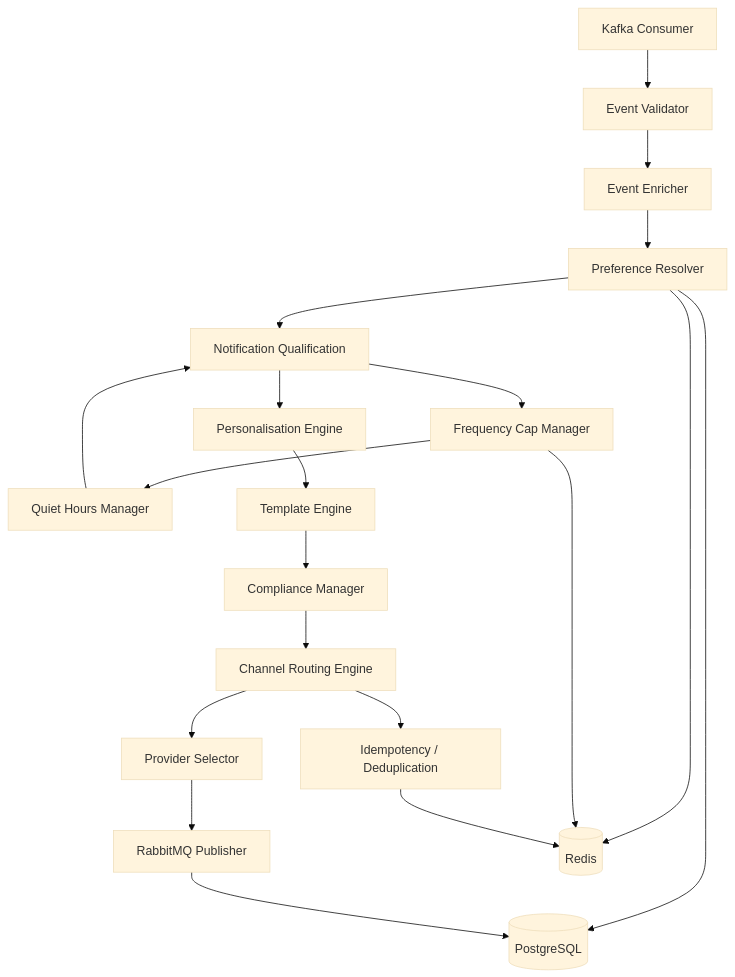
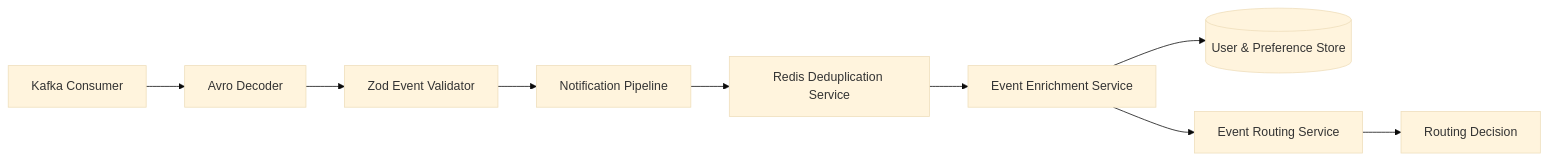
The third of 3 diagrams in docs/architecture.md (aditya-j-dev/BE-6B-NotificationEngine-Aditya-Joshi), drawn with Mermaid (base theme) before and after one commit. The commit also changed other lines of this file and 34 other files, not shown here.

````diff
--- a/docs/architecture.md
+++ b/docs/architecture.md
@@ -129,67 +144,11 @@
 ```mermaid
-flowchart TB
-
-    KafkaConsumer["Kafka Consumer"]
-
-    Validator["Event Validator"]
-
-    Enricher["Event Enricher"]
-
-    PreferenceResolver["Preference Resolver"]
-
-    Qualification["Notification Qualification"]
-
-    Frequency["Frequency Cap Manager"]
-
-    QuietHours["Quiet Hours Manager"]
-
-    Template["Template Engine"]
-
-    Personalisation["Personalisation Engine"]
-
-    Compliance["Compliance Manager"]
-
-    Router["Channel Routing Engine"]
-
-    ProviderSelector["Provider Selector"]
-
-    Dedup["Idempotency / Deduplication"]
-
-    RabbitPublisher["RabbitMQ Publisher"]
-
-    Redis[("Redis")]
-
-    PostgreSQL[("PostgreSQL")]
-
-    KafkaConsumer --> Validator
-    Validator --> Enricher
-
-    Enricher --> PreferenceResolver
-
-    PreferenceResolver --> Redis
-    PreferenceResolver --> PostgreSQL
-
-    PreferenceResolver --> Qualification
-
-    Qualification --> Frequency
-    Frequency --> Redis
-
-    Frequency --> QuietHours
-    QuietHours --> Qualification
-
-    Qualification --> Personalisation
-    Personalisation --> Template
-
-    Template --> Compliance
-
-    Compliance --> Router
-
-    Router --> ProviderSelector
-    Router --> Dedup
-
-    Dedup --> Redis
-
-    ProviderSelector --> RabbitPublisher
-
-    RabbitPublisher --> PostgreSQL
+flowchart LR
+    Consumer["Kafka Consumer"] --> Avro["Avro Decoder"]
+    Avro --> Validator["Zod Event Validator"]
+    Validator --> Pipeline["Notification Pipeline"]
+    Pipeline --> Dedup["Redis Deduplication Service"]
+    Dedup --> Enricher["Event Enrichment Service"]
+    Enricher --> UserStore[("User & Preference Store")]
+    Enricher --> Router["Event Routing Service"]
+    Router --> Decision["Routing Decision"]
 ```
````
